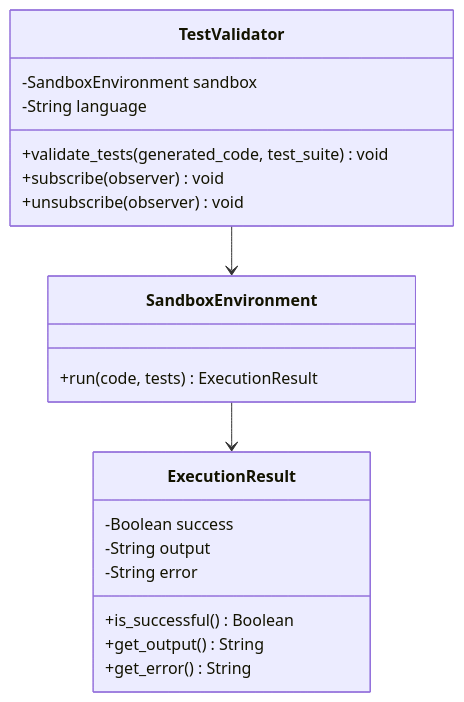
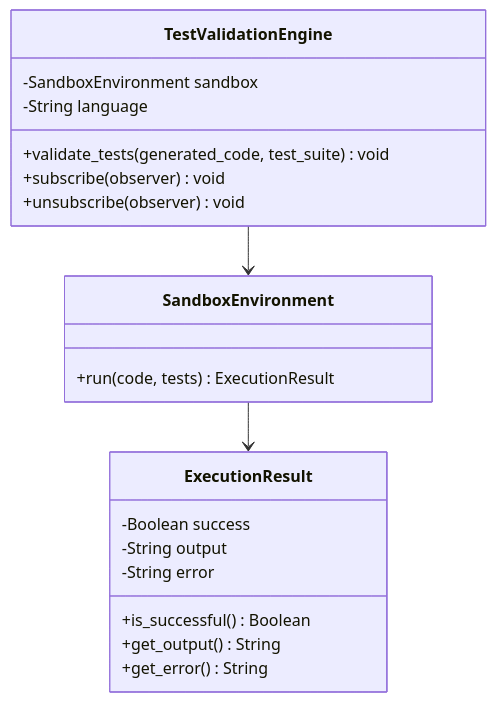
Before and after one commit to FilippoGurioli/test-2-code-llm: the sixth of 7 diagrams in docs/design.md, drawn with Mermaid. The commit also changed other lines of this file and 4 other files, not shown here.

Commit message:
feat(core): create reporting engine and rename test validator -> test validation engine

````diff
--- a/docs/design.md
+++ b/docs/design.md
@@ -213,31 +213,31 @@
 ```mermaid
 ---
   config:
     class:
       hideEmptyMembersBox: true
 ---
 classDiagram
-    class TestValidator {
+    class TestValidationEngine {
         -SandboxEnvironment sandbox
         -String language
         +validate_tests(generated_code, test_suite) void
         +subscribe(observer) void
         +unsubscribe(observer) void
     }
 
     class SandboxEnvironment {
         +run(code, tests) ExecutionResult
     }
 
     class ExecutionResult {
         -Boolean success
         -String output
         -String error
         +is_successful() Boolean
         +get_output() String
         +get_error() String
     }
 
-    TestValidator --> SandboxEnvironment
+    TestValidationEngine --> SandboxEnvironment
     SandboxEnvironment --> ExecutionResult
 ```
````
